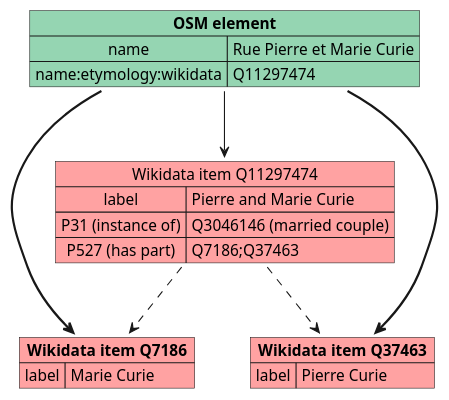
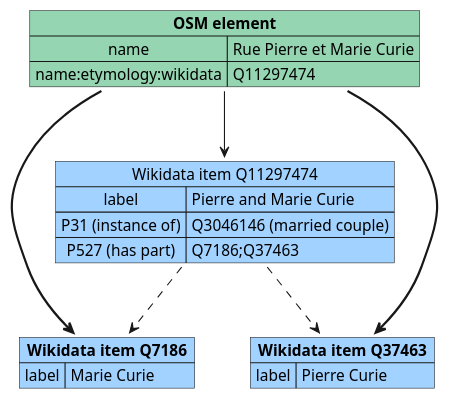
One commit to Danysan1/osm-wikidata-map-framework changed the diagram in images/data/part_of.plantuml. Above: the diagram before and after it, drawn with PlantUML. The commit also changed 29 other files, not shown here.

```diff
--- a/images/data/part_of.plantuml
+++ b/images/data/part_of.plantuml
@@ -1,27 +1,27 @@
 @startuml part_of
 
-map "**Wikidata item Q7186**" as wikia #ffa2a2 {
+map "**Wikidata item Q7186**" as wikia #a2d2ff {
   label => Marie Curie
 }
-map "**Wikidata item Q37463**" as wikib #ffa2a2 {
+map "**Wikidata item Q37463**" as wikib #a2d2ff {
   label => Pierre Curie
 }
-map "Wikidata item Q11297474" as wikic #ffa2a2 {
+map "Wikidata item Q11297474" as wikic #a2d2ff {
   label => Pierre and Marie Curie
   P31 (instance of) => Q3046146 (married couple)
   P527 (has part) => Q7186;Q37463
 }
 
 map "**OSM element**" as osmg #95d5b2 {
   name => Rue Pierre et Marie Curie
   name:etymology:wikidata => Q11297474
 }
 
 osmg -[bold]-> wikia
 osmg -[bold]-> wikib
 osmg --> wikic
 
 wikic ..> wikia
 wikic ..> wikib
 
 @enduml
```
